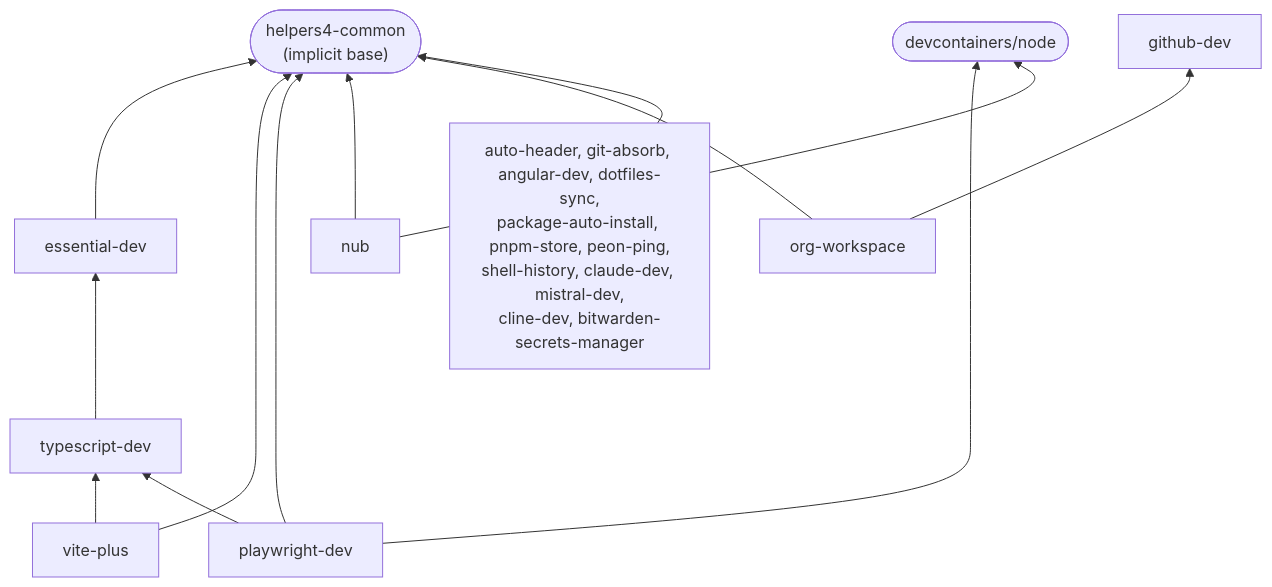
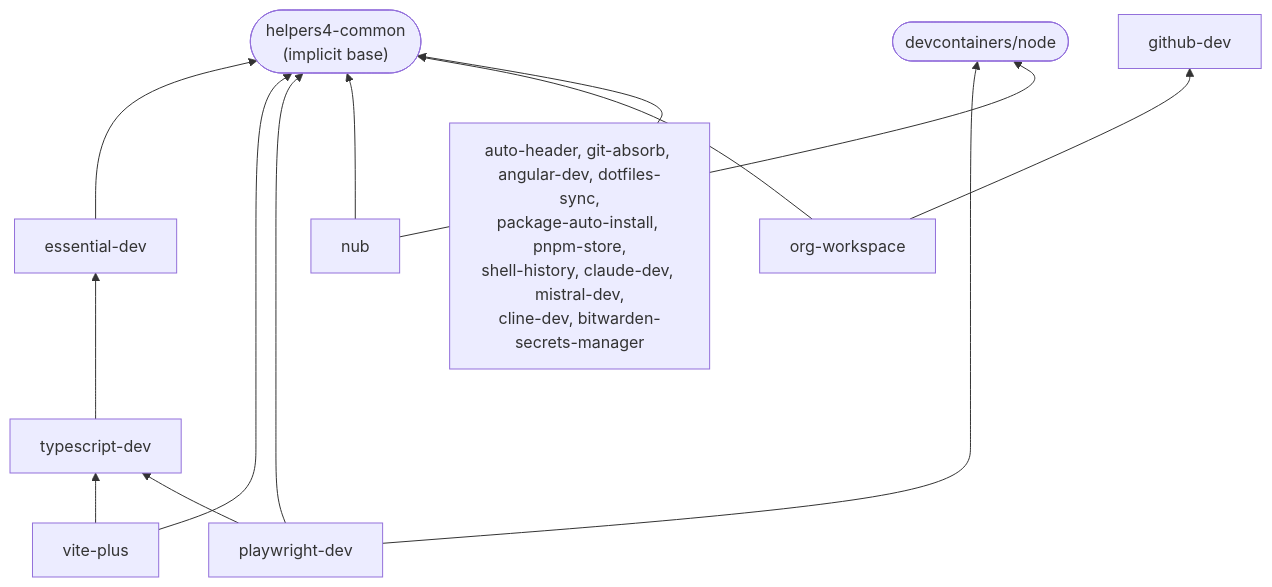
One commit to helpers4/devcontainer changed the diagram in README.md. Above: the diagram before and after it, drawn with Mermaid. The commit also changed other lines of this file and 6 other files, not shown here.

First line of the commit message:
chore(deprecated): 🗑️ deprecate peon-ping

````diff
--- a/README.md
+++ b/README.md
@@ -345,20 +330,20 @@
 ```mermaid
 flowchart BT
     common(["helpers4-common<br/>(implicit base)"])
     node(["devcontainers/node"])
     github["github-dev"]
 
     essential["essential-dev"] --> common
     typescript["typescript-dev"] --> essential
     vite["vite-plus"] --> typescript
     vite --> common
     playwright["playwright-dev"] --> typescript
     playwright --> node
     playwright --> common
     nub["nub"] --> node
     nub --> common
     org["org-workspace"] --> github
     org --> common
 
-    leaves["auto-header, git-absorb, angular-dev, dotfiles-sync,<br/>package-auto-install, pnpm-store, peon-ping,<br/>shell-history, claude-dev, mistral-dev,<br/>cline-dev, bitwarden-secrets-manager"] --> common
+    leaves["auto-header, git-absorb, angular-dev, dotfiles-sync,<br/>package-auto-install, pnpm-store,<br/>shell-history, claude-dev, mistral-dev,<br/>cline-dev, bitwarden-secrets-manager"] --> common
 ```
````
